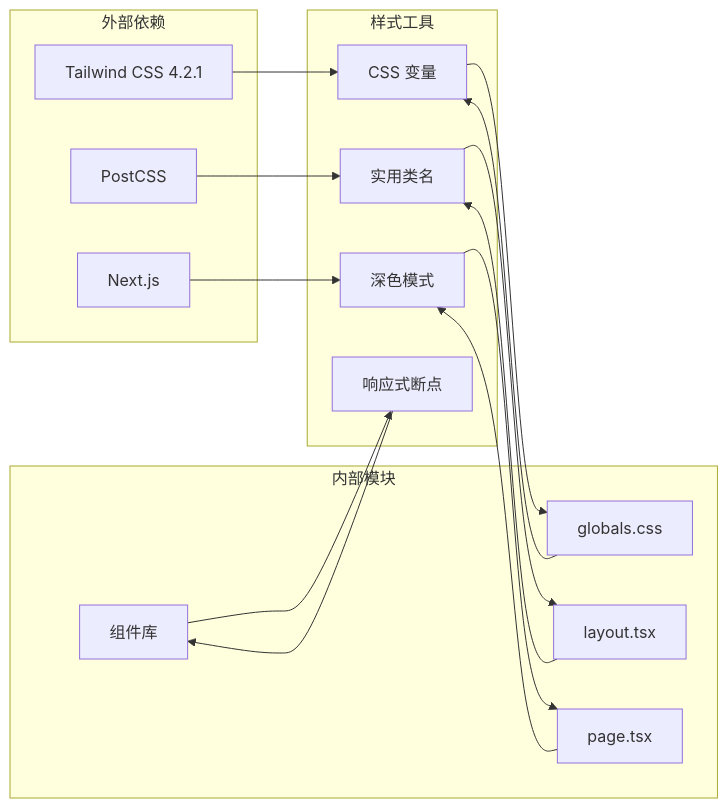
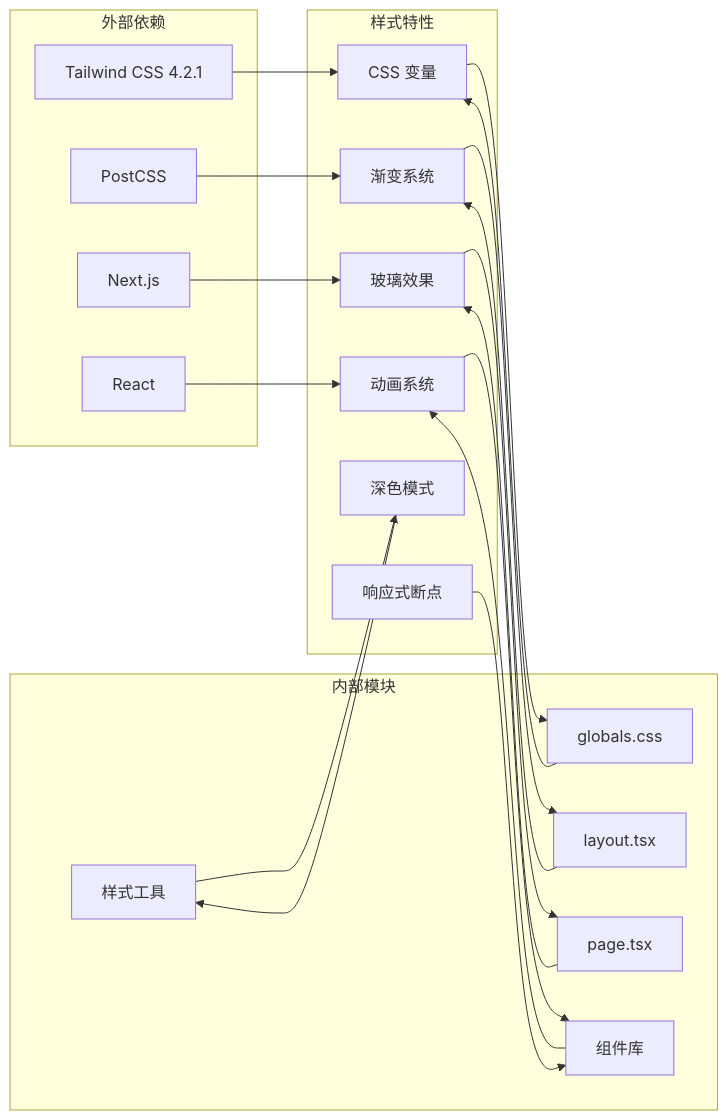
The ninth of 9 diagrams in .qoder/repowiki/zh/content/样式和主题系统.md (zuozuoliu740-cmd/xianxiong-news), drawn with Mermaid before and after one commit. The commit also changed other lines of this file and 11 other files, not shown here.

````diff
--- a/.qoder/repowiki/zh/content/样式和主题系统.md
+++ b/.qoder/repowiki/zh/content/样式和主题系统.md
@@ -278,31 +337,39 @@
 ```mermaid
 graph LR
 subgraph "外部依赖"
 A[Tailwind CSS 4.2.1]
 B[PostCSS]
 C[Next.js]
+D[React]
 end
 subgraph "内部模块"
-D[globals.css]
-E[layout.tsx]
-F[page.tsx]
-G[组件库]
+E[globals.css]
+F[layout.tsx]
+G[page.tsx]
+H[组件库]
+I[样式工具]
 end
-subgraph "样式工具"
-H[CSS 变量]
-I[实用类名]
-J[深色模式]
-K[响应式断点]
+subgraph "样式特性"
+J[CSS 变量]
+K[渐变系统]
+L[玻璃效果]
+M[动画系统]
+N[深色模式]
+O[响应式断点]
 end
-A --> H
-B --> I
-C --> J
-D --> H
-E --> I
-F --> J
-G --> K
-H --> D
-I --> E
-J --> F
-K --> G
+A --> J
+B --> K
+C --> L
+D --> M
+E --> J
+F --> K
+G --> L
+H --> M
+I --> N
+J --> E
+K --> F
+L --> G
+M --> H
+N --> I
+O --> H
 ```
````
